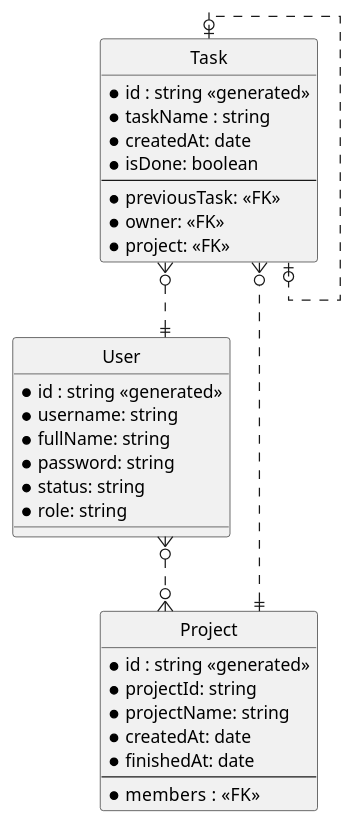
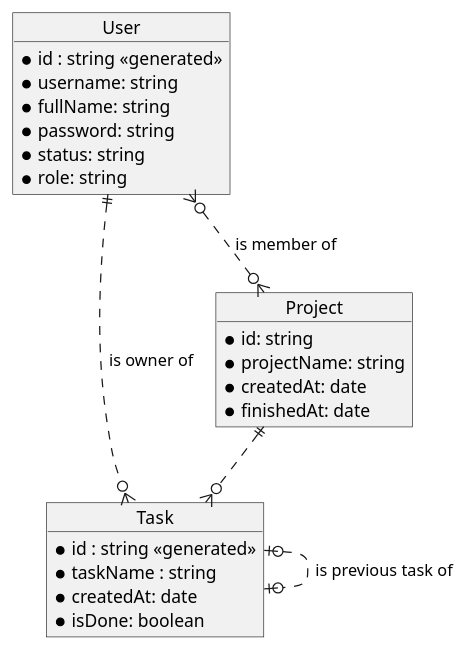
Before and after one commit to felixnguyen678/project-todo-app-lb4: the diagram in docs/ERD.plantuml, drawn with PlantUML. The commit also changed 1 other file, not shown here.

Commit message:
quangphuc | update use case diagram

```diff
--- a/docs/ERD.plantuml
+++ b/docs/ERD.plantuml
@@ -1,44 +1,31 @@
 @startuml ERD
 
-' hide the spot
-hide circle
-
-' avoid problems with angled crows feet
-skinparam linetype ortho
-
-entity "Task" as task {
+object "Task" as task {
   *id : string <<generated>>
   *taskName : string
   *createdAt: date
   *isDone: boolean
-  --
-  *previousTask: <<FK>>
-  *owner: <<FK>>
-  *project: <<FK>>
 }
 
-entity "Project" as project {
-  *id : string <<generated>>
-  *projectId: string
+object "Project" as project {
+  *id: string
   *projectName: string
   *createdAt: date
   *finishedAt: date
-  --
-  *members :  <<FK>>
 }
 
-entity "User" as user {
+object "User" as user {
   *id : string <<generated>>
   *username: string
   *fullName: string
   *password: string
   *status: string
   *role: string
 }
 
 project||..o{ task
-user }o..o{ project
-task }o..|| user
-task |o..o| task
+user }o..o{ project: is member of
+user ||..o{ task: is owner of
+task |o..o| task: is previous task of
 
 @enduml
```
